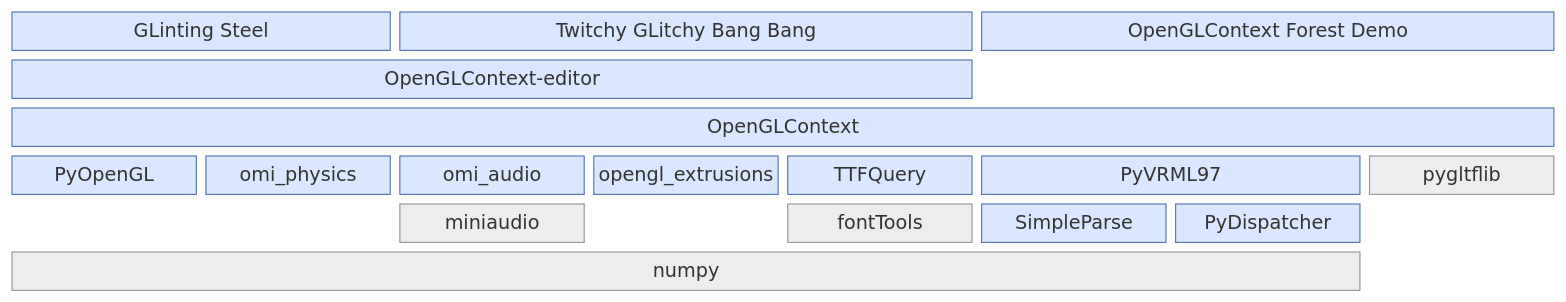
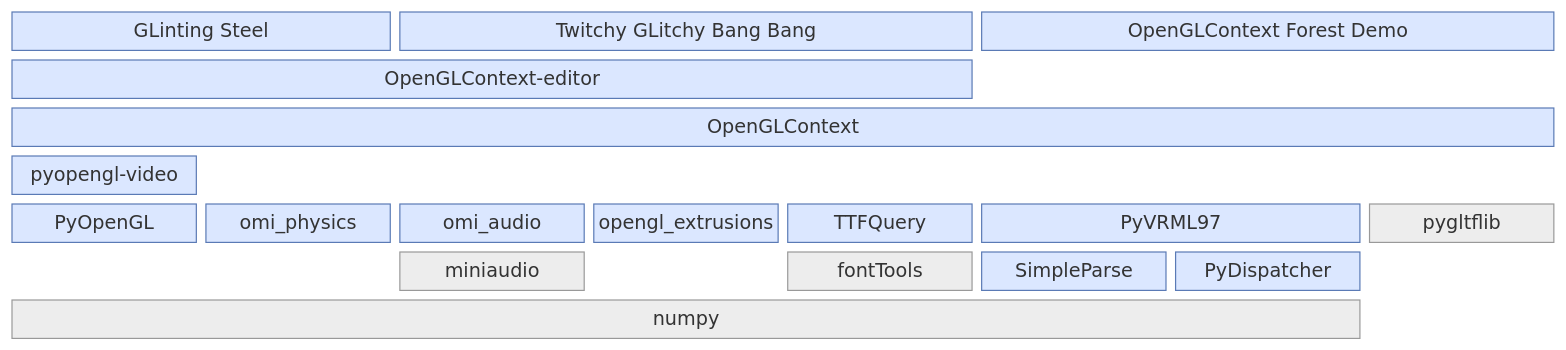
One commit to mcfletch/openglcontext changed the diagram in docs/structure.rst. Above: the diagram before and after it, drawn with Mermaid (neutral theme). The commit also changed other lines of this file, not shown here.

```diff
--- a/docs/structure.rst
+++ b/docs/structure.rst
@@ -10,38 +15,41 @@
 .. mermaid::
 
    block-beta
        columns 8
 
        glisteel["GLinting Steel"]:2
        twig["Twitchy GLitchy Bang Bang"]:3
        forest["OpenGLContext Forest Demo"]:3
 
        editor["OpenGLContext-editor"]:5
        space:3
 
        oglc["OpenGLContext"]:8
+
+       video["pyopengl-video"]:1
+       space:7
 
        pyopengl["PyOpenGL"]:1
        omip["omi_physics"]:1
        omia["omi_audio"]:1
        ext["opengl_extrusions"]:1
        ttf["TTFQuery"]:1
        vrml["PyVRML97"]:2
        gltflib["pygltflib"]:1
 
        space:2
        mini["miniaudio"]:1
        space:1
        fonttools["fontTools"]:1
        simple["SimpleParse"]:1
        dispatch["PyDispatcher"]:1
        space:1
 
        numpy["numpy"]:7
        space:1
 
        classDef ours fill:#dbe7ff,stroke:#5a7ab5,color:#111
        classDef third fill:#ededed,stroke:#999999,color:#111
 
-       class glisteel,twig,forest,editor,oglc,pyopengl,vrml,omip,omia,ext,ttf,simple,dispatch ours
+       class glisteel,twig,forest,editor,oglc,video,pyopengl,vrml,omip,omia,ext,ttf,simple,dispatch ours
        class mini,fonttools,gltflib,numpy third
```
